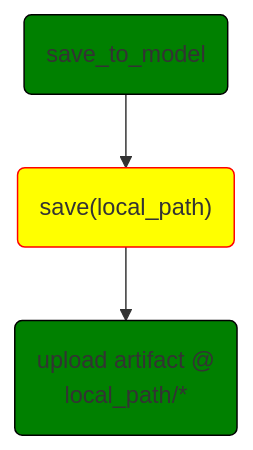
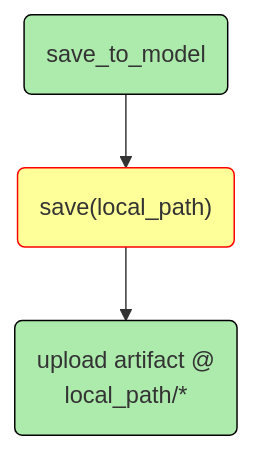
One commit to dataloop-ai/dtlpy-documentation changed the second of 5 diagrams in tutorials/model_management/advance/model_adapter_flows/chapter.md. Above: the diagram before and after it, drawn with Mermaid. The commit also changed other lines of this file and 1 other file, not shown here.

Commit message:
Changing color intensity of the flowchart blocks

````diff
--- a/tutorials/model_management/advance/model_adapter_flows/chapter.md
+++ b/tutorials/model_management/advance/model_adapter_flows/chapter.md
@@ -47,10 +47,10 @@
 ```mermaid
 flowchart TD
     id1("save_to_model")-->
     id2("save(local_path)")-->
     id3("upload artifact @ \nlocal_path/*")
-    style id1 fill:green, stroke:black
-    style id2 fill:yellow, stroke:red
-    style id3 fill:green, stroke:black
+    style id1 fill:#adebad, stroke:black
+    style id2 fill:#ffff99, stroke:red
+    style id3 fill:#adebad, stroke:black
     click id2 "./#save"
 ```
````
